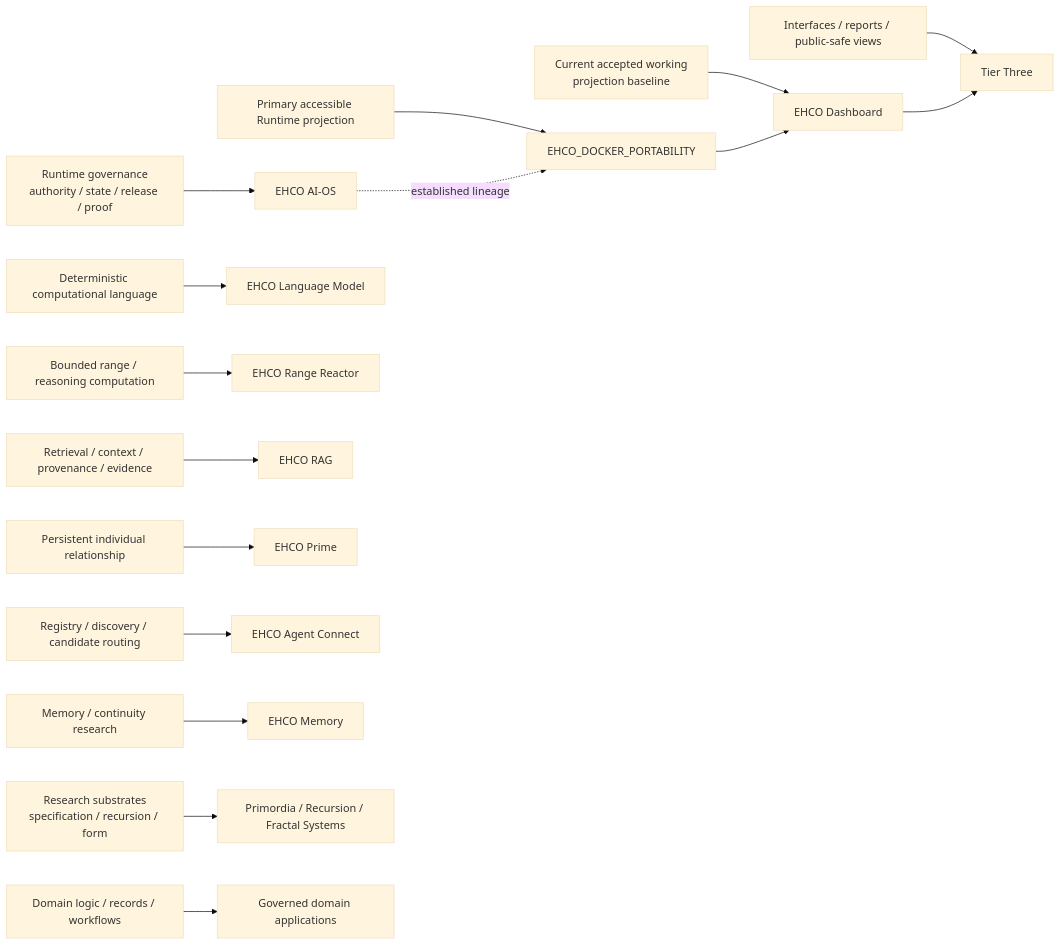
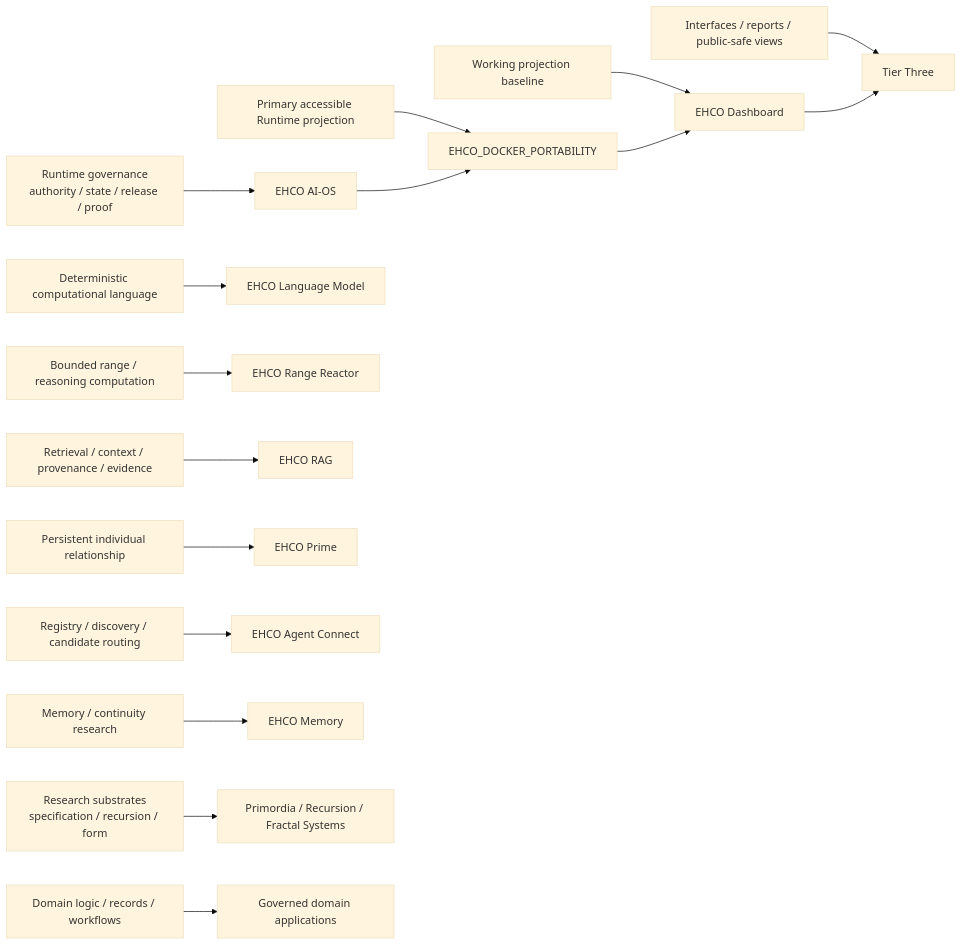
Before and after one commit to EHCOnomics-Systems/EHCOsystem: the second of 4 diagrams in architecture/diagrams/README.md, drawn with Mermaid (base theme). The commit also changed other lines of this file and 34 other files, not shown here.

````diff
--- a/architecture/diagrams/README.md
+++ b/architecture/diagrams/README.md
@@ -51,19 +45,19 @@
 ```mermaid
 flowchart LR
     R[Runtime governance<br/>authority / state / release / proof] --> AIOS[EHCO AI-OS]
     RP[Primary accessible Runtime projection] --> DP[EHCO_DOCKER_PORTABILITY]
-    V[Current accepted working<br/>projection baseline] --> DASH[EHCO Dashboard]
+    V[Working projection baseline] --> DASH[EHCO Dashboard]
     L[Deterministic computational language] --> LM[EHCO Language Model]
     Q[Bounded range / reasoning computation] --> RR[EHCO Range Reactor]
     E[Retrieval / context / provenance / evidence] --> RAG[EHCO RAG]
     P[Persistent individual relationship] --> PRIME[EHCO Prime]
     C[Registry / discovery / candidate routing] --> AC[EHCO Agent Connect]
     M[Memory / continuity research] --> MEM[EHCO Memory]
     RF[Research substrates<br/>specification / recursion / form] --> RES[Primordia / Recursion / Fractal Systems]
     DA[Domain logic / records / workflows] --> APPS[Governed domain applications]
     T[Interfaces / reports / public-safe views] --> T3[Tier Three]
 
-    AIOS -. established lineage .-> DP
+    AIOS --> DP
     DP --> DASH
     DASH --> T3
 ```
````
